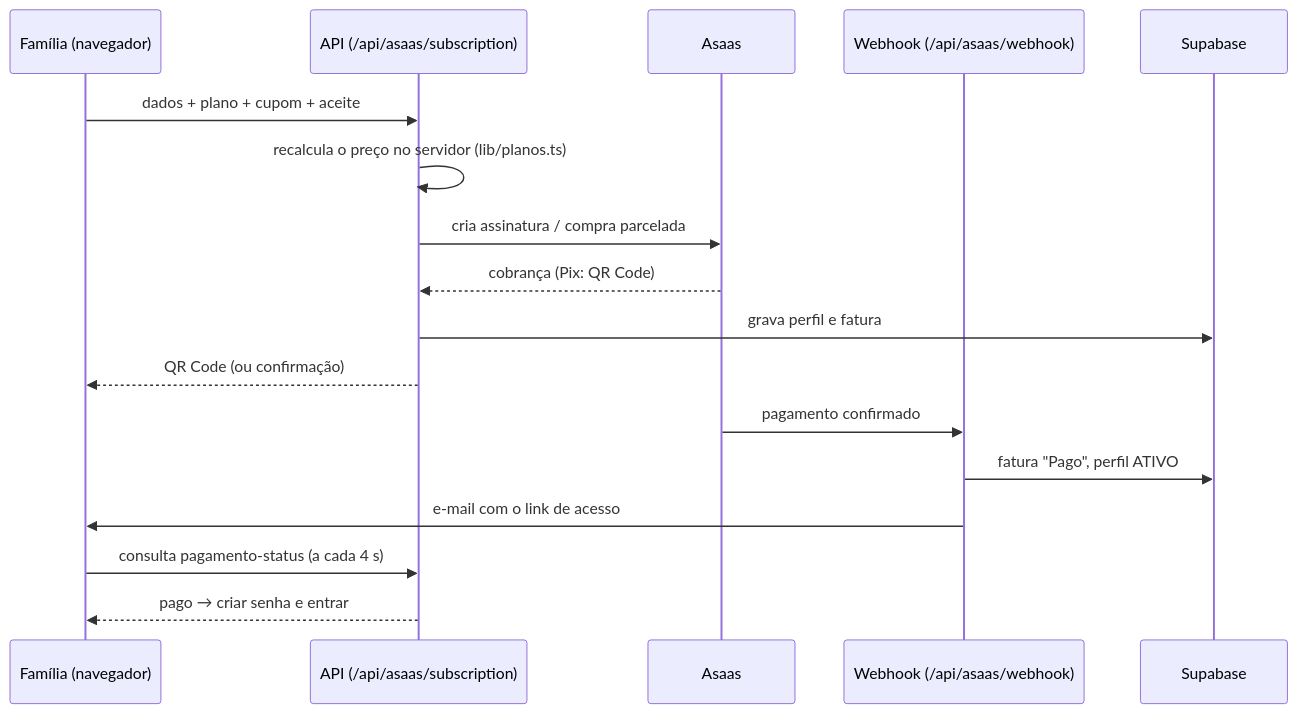
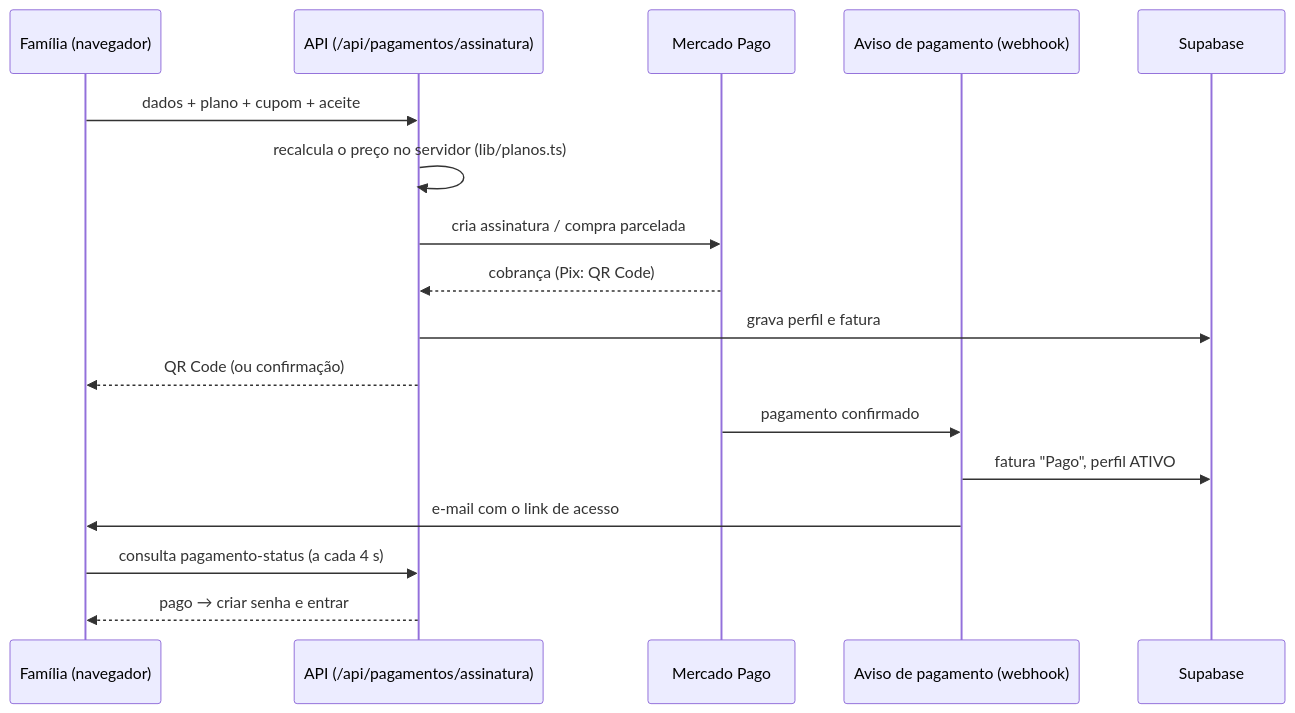
Before and after one commit to Leles05/Nutrindo-em-casa: the diagram in docs/arquitetura.md, drawn with Mermaid. The commit also changed other lines of this file and 25 other files, not shown here.

First line of the commit message:
refactor: remove o Asaas por completo (codigo, banco, textos e variaveis) e deixa a base neutra para o Mercado Pago

````diff
--- a/docs/arquitetura.md
+++ b/docs/arquitetura.md
@@ -95,19 +93,19 @@
 ```mermaid
 sequenceDiagram
     participant F as Família (navegador)
-    participant A as API (/api/asaas/subscription)
-    participant S as Asaas
-    participant W as Webhook (/api/asaas/webhook)
+    participant A as API (/api/pagamentos/assinatura)
+    participant S as Mercado Pago
+    participant W as Aviso de pagamento (webhook)
     participant D as Supabase
     F->>A: dados + plano + cupom + aceite
     A->>A: recalcula o preço no servidor (lib/planos.ts)
     A->>S: cria assinatura / compra parcelada
     S-->>A: cobrança (Pix: QR Code)
     A->>D: grava perfil e fatura
     A-->>F: QR Code (ou confirmação)
     S->>W: pagamento confirmado
     W->>D: fatura "Pago", perfil ATIVO
     W->>F: e-mail com o link de acesso
     F->>A: consulta pagamento-status (a cada 4 s)
     A-->>F: pago → criar senha e entrar
 ```
````
